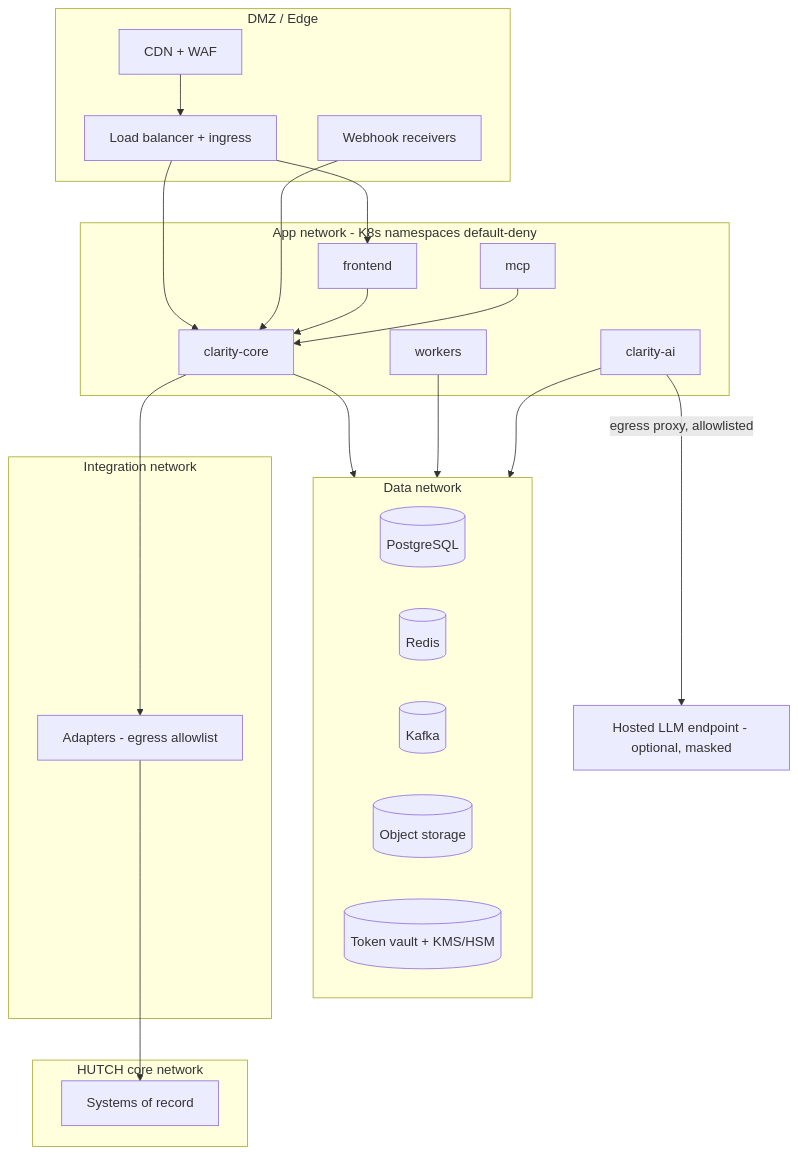
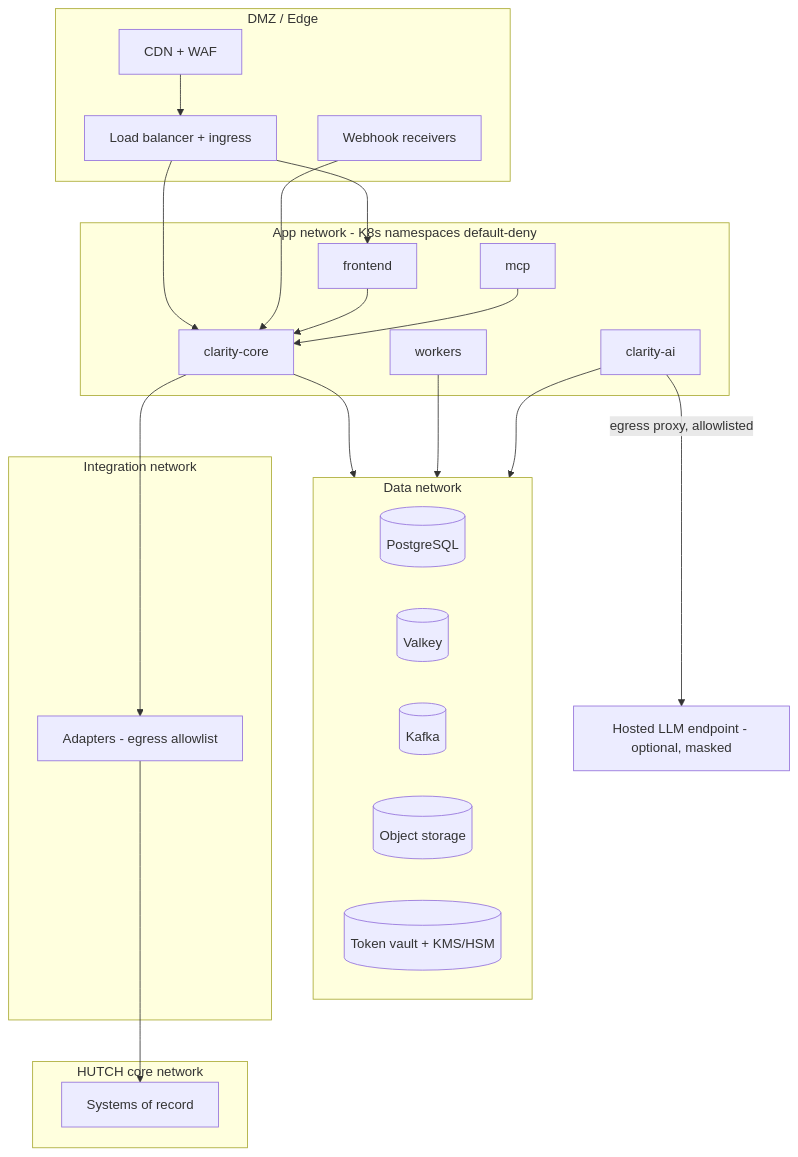
One commit to Pasidu-Mihiranga/HutchClarity changed the first of 3 diagrams in docs/enterprise-plan/12-platform-devops-testing-observability.md. Above: the diagram before and after it, drawn with Mermaid. The commit also changed other lines of this file and 103 other files, not shown here.

````diff
--- a/docs/enterprise-plan/12-platform-devops-testing-observability.md
+++ b/docs/enterprise-plan/12-platform-devops-testing-observability.md
@@ -62,39 +66,39 @@
 ```mermaid
 flowchart TB
     subgraph DMZ["DMZ / Edge"]
         WAF["CDN + WAF"]
         LB["Load balancer + ingress"]
         WHR["Webhook receivers"]
     end
     subgraph APPNET["App network - K8s namespaces default-deny"]
         FEN["frontend"]
         CORE["clarity-core"]
         WRK["workers"]
         AIN["clarity-ai"]
         MCPN["mcp"]
     end
     subgraph DATANET["Data network"]
         PGN[("PostgreSQL")]
-        RDN[("Redis")]
+        RDN[("Valkey")]
         KFN[("Kafka")]
         OBJN[("Object storage")]
         VLT[("Token vault + KMS/HSM")]
     end
     subgraph INTNET["Integration network"]
         ADPN["Adapters - egress allowlist"]
     end
     subgraph HUTCHNET["HUTCH core network"]
         SOR["Systems of record"]
     end
     EXTAI["Hosted LLM endpoint - optional, masked"]
     WAF --> LB --> FEN
     LB --> CORE
     WHR --> CORE
     FEN --> CORE
     CORE --> DATANET
     WRK --> DATANET
     AIN --> DATANET
     MCPN --> CORE
     CORE --> ADPN --> SOR
     AIN -->|"egress proxy, allowlisted"| EXTAI
 ```
````
